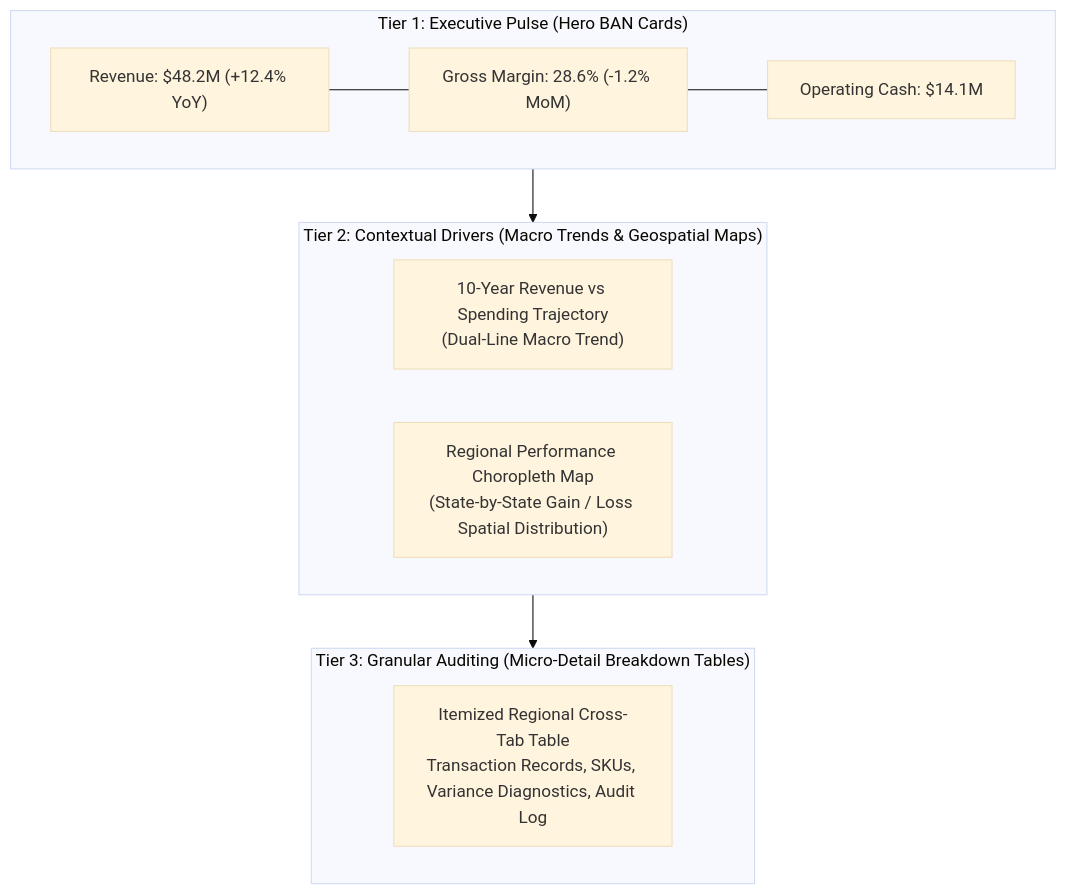
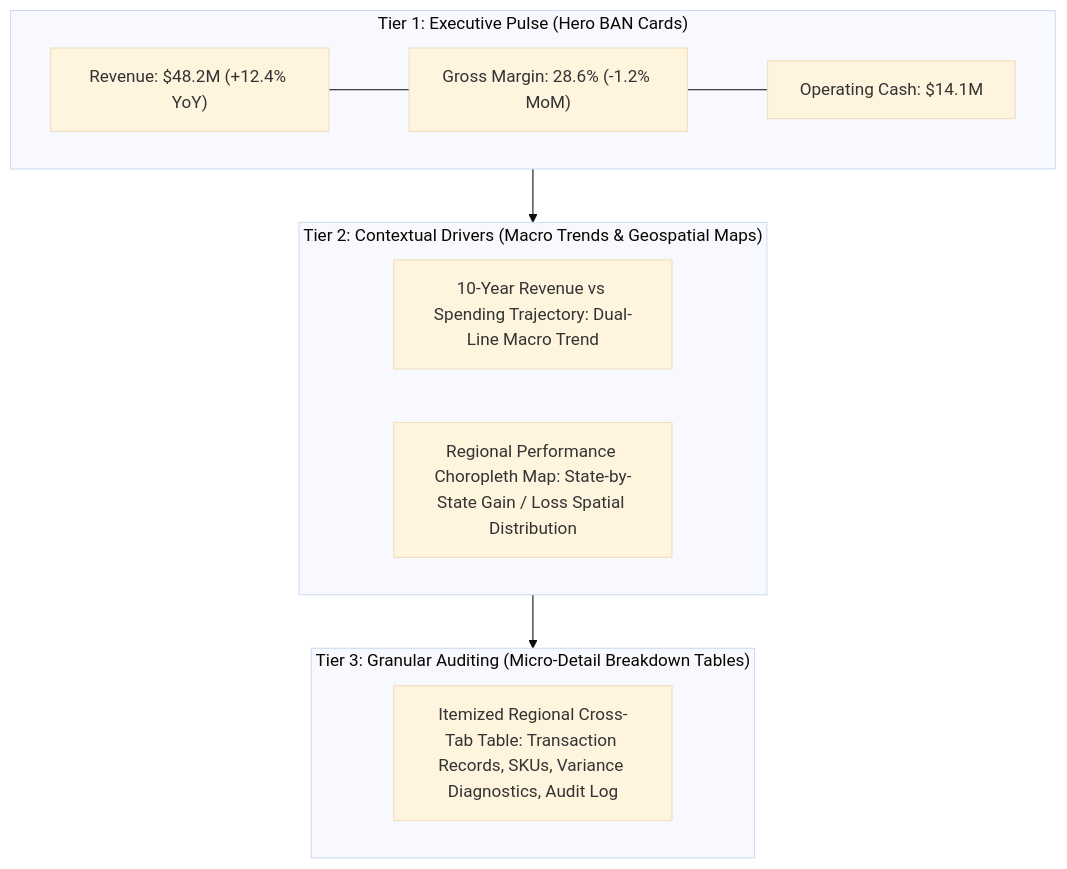
The fifth of 18 diagrams in notes/data_analysis/Unit_5_notes.md (DeepLumiere/DeepSkills), drawn with Mermaid (base theme) before and after one commit. The commit also changed other lines of this file and 56 other files, not shown here.

````diff
--- a/notes/data_analysis/Unit_5_notes.md
+++ b/notes/data_analysis/Unit_5_notes.md
@@ -350,17 +350,17 @@
 ```mermaid
 flowchart TD
     subgraph Tier1 ["Tier 1: Executive Pulse (Hero BAN Cards)"]
         T1A["Revenue: $48.2M (+12.4% YoY)"] --- T1B["Gross Margin: 28.6% (-1.2% MoM)"] --- T1C["Operating Cash: $14.1M"]
     end
 
     subgraph Tier2 ["Tier 2: Contextual Drivers (Macro Trends & Geospatial Maps)"]
-        T2A["10-Year Revenue vs Spending Trajectory<br/>(Dual-Line Macro Trend)"]
-        T2B["Regional Performance Choropleth Map<br/>(State-by-State Gain / Loss Spatial Distribution)"]
+        T2A["10-Year Revenue vs Spending Trajectory: Dual-Line Macro Trend"]
+        T2B["Regional Performance Choropleth Map: State-by-State Gain / Loss Spatial Distribution"]
     end
 
     subgraph Tier3 ["Tier 3: Granular Auditing (Micro-Detail Breakdown Tables)"]
-        T3A["Itemized Regional Cross-Tab Table<br/>Transaction Records, SKUs, Variance Diagnostics, Audit Log"]
+        T3A["Itemized Regional Cross-Tab Table: Transaction Records, SKUs, Variance Diagnostics, Audit Log"]
     end
 
     Tier1 --> Tier2 --> Tier3
 ```
````
